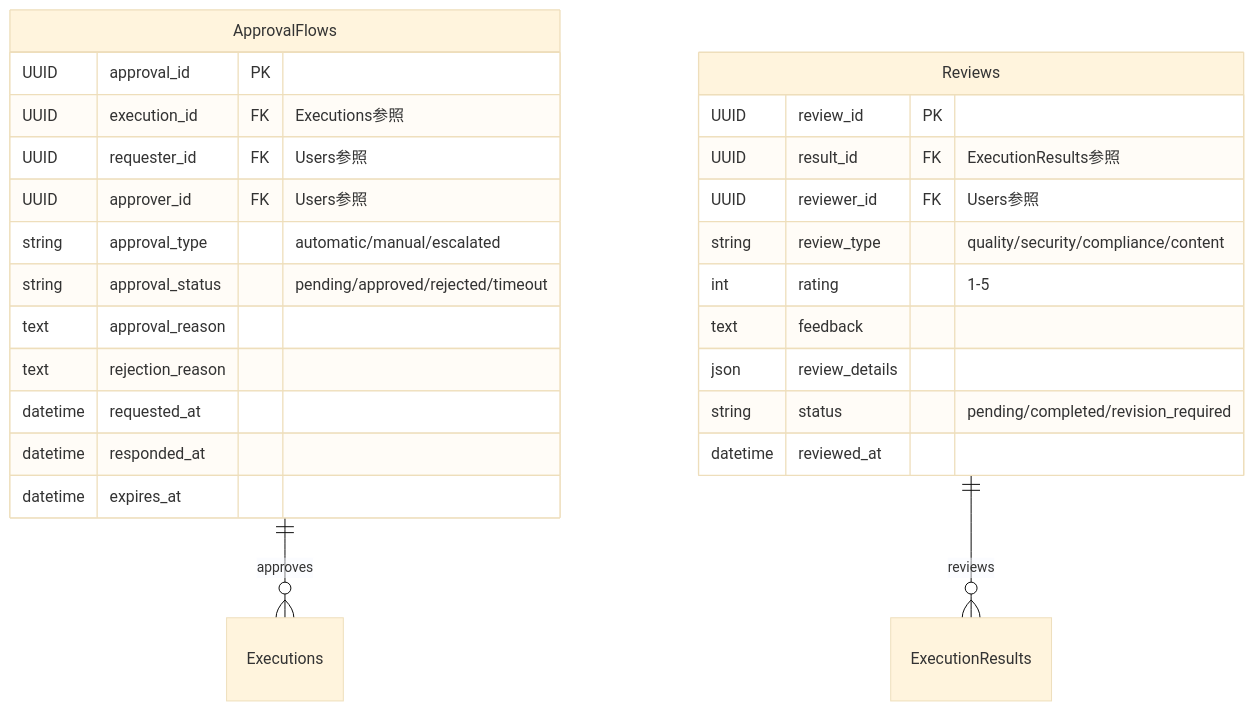
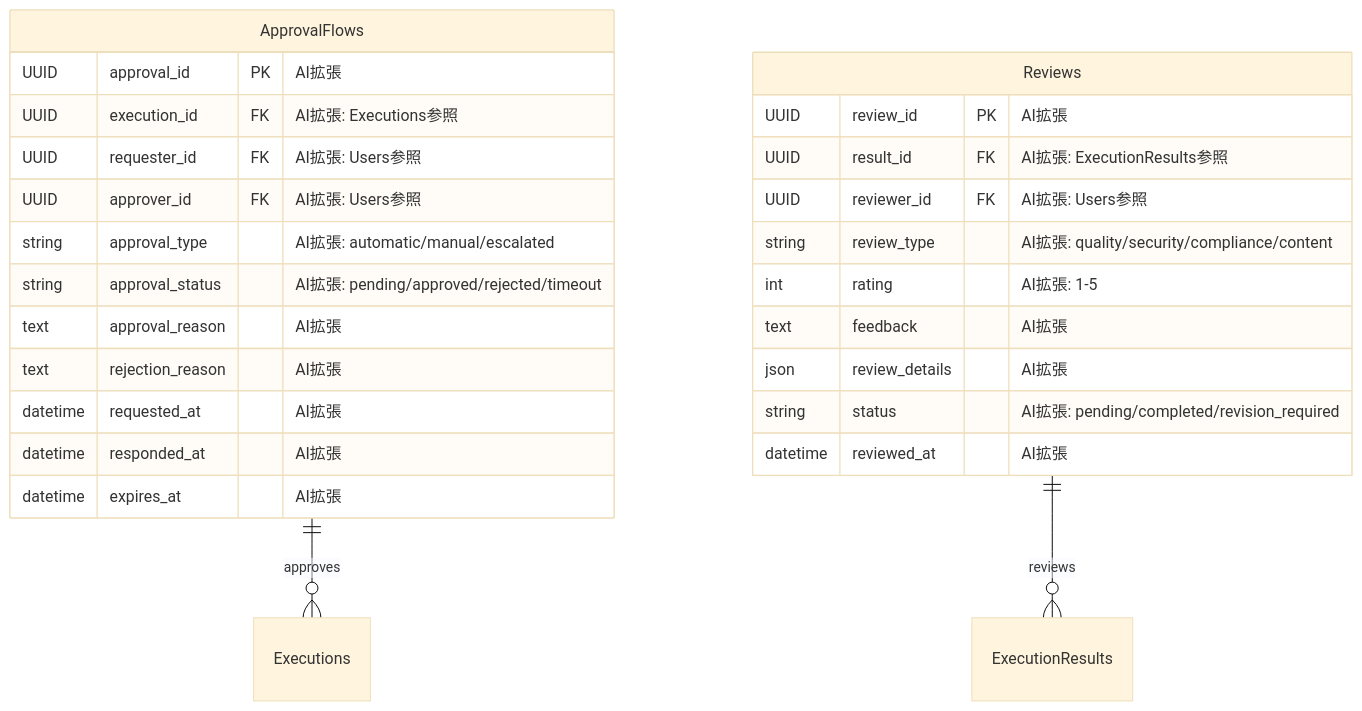
One commit to daichiTAAA/AgentOpsPlatform changed the ninth of 16 diagrams in docs/030000_設計/035000_データ設計/035010_ER図.md. Above: the diagram before and after it, drawn with Mermaid (base theme). The commit also changed other lines of this file, not shown here.

````diff
--- a/docs/030000_設計/035000_データ設計/035010_ER図.md
+++ b/docs/030000_設計/035000_データ設計/035010_ER図.md
@@ -569,32 +720,32 @@
 ```mermaid
 erDiagram
     ApprovalFlows {
-        UUID approval_id PK
-        UUID execution_id FK "Executions参照"
-        UUID requester_id FK "Users参照"
-        UUID approver_id FK "Users参照"
-        string approval_type "automatic/manual/escalated"
-        string approval_status "pending/approved/rejected/timeout"
-        text approval_reason
-        text rejection_reason
-        datetime requested_at
-        datetime responded_at
-        datetime expires_at
+        UUID approval_id PK "AI拡張"
+        UUID execution_id FK "AI拡張: Executions参照"
+        UUID requester_id FK "AI拡張: Users参照"
+        UUID approver_id FK "AI拡張: Users参照"
+        string approval_type "AI拡張: automatic/manual/escalated"
+        string approval_status "AI拡張: pending/approved/rejected/timeout"
+        text approval_reason "AI拡張"
+        text rejection_reason "AI拡張"
+        datetime requested_at "AI拡張"
+        datetime responded_at "AI拡張"
+        datetime expires_at "AI拡張"
     }
     
     Reviews {
-        UUID review_id PK
-        UUID result_id FK "ExecutionResults参照"
-        UUID reviewer_id FK "Users参照"
-        string review_type "quality/security/compliance/content"
-        int rating "1-5"
-        text feedback
-        json review_details
-        string status "pending/completed/revision_required"
-        datetime reviewed_at
+        UUID review_id PK "AI拡張"
+        UUID result_id FK "AI拡張: ExecutionResults参照"
+        UUID reviewer_id FK "AI拡張: Users参照"
+        string review_type "AI拡張: quality/security/compliance/content"
+        int rating "AI拡張: 1-5"
+        text feedback "AI拡張"
+        json review_details "AI拡張"
+        string status "AI拡張: pending/completed/revision_required"
+        datetime reviewed_at "AI拡張"
     }
     
     
     ApprovalFlows ||--o{ Executions : approves
     Reviews ||--o{ ExecutionResults : reviews
 ```
````
